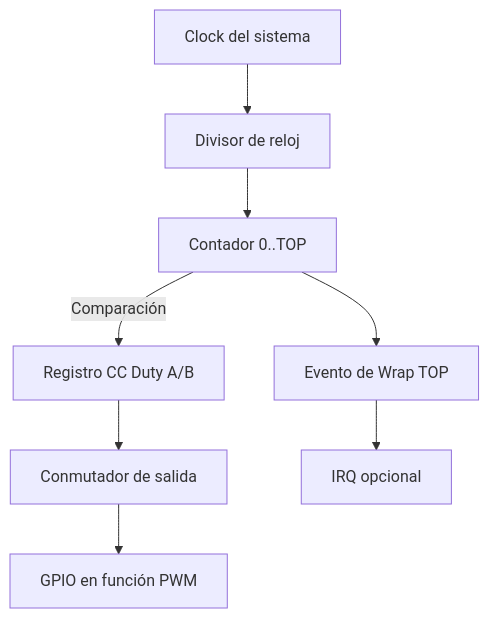
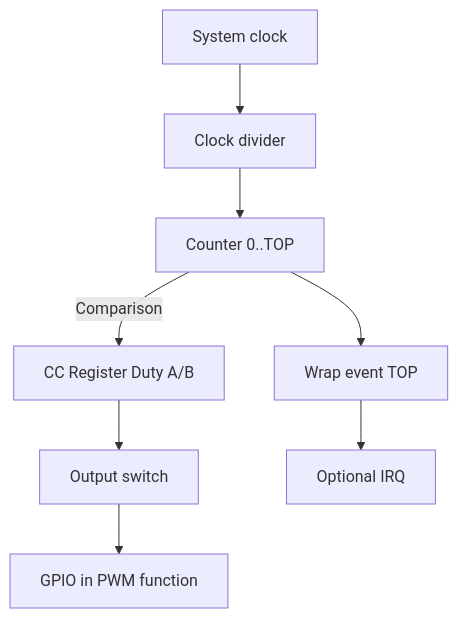
Before and after one commit to Gulden8ag/embedded1: the diagram in docs/Bloque2-Temporizador/Tema_G.md, drawn with Mermaid. The commit also changed other lines of this file and 12 other files, not shown here.

````diff
--- a/docs/Bloque2-Temporizador/Tema_G.md
+++ b/docs/Bloque2-Temporizador/Tema_G.md
@@ -110,10 +110,10 @@
 ```mermaid
 flowchart TD
-    A[Clock del sistema] --> B[Divisor de reloj]
-    B --> C[Contador 0..TOP]
-    C -->|Comparación| D[Registro CC Duty A/B]
-    D --> E[Conmutador de salida]
-    E --> F[GPIO en función PWM]
-    C --> G[Evento de Wrap TOP]
-    G --> H[IRQ opcional]
+    A[System clock] --> B[Clock divider]
+    B --> C[Counter 0..TOP]
+    C -->|Comparison| D[CC Register Duty A/B]
+    D --> E[Output switch]
+    E --> F[GPIO in PWM function]
+    C --> G[Wrap event TOP]
+    G --> H[Optional IRQ]
 ```
````
